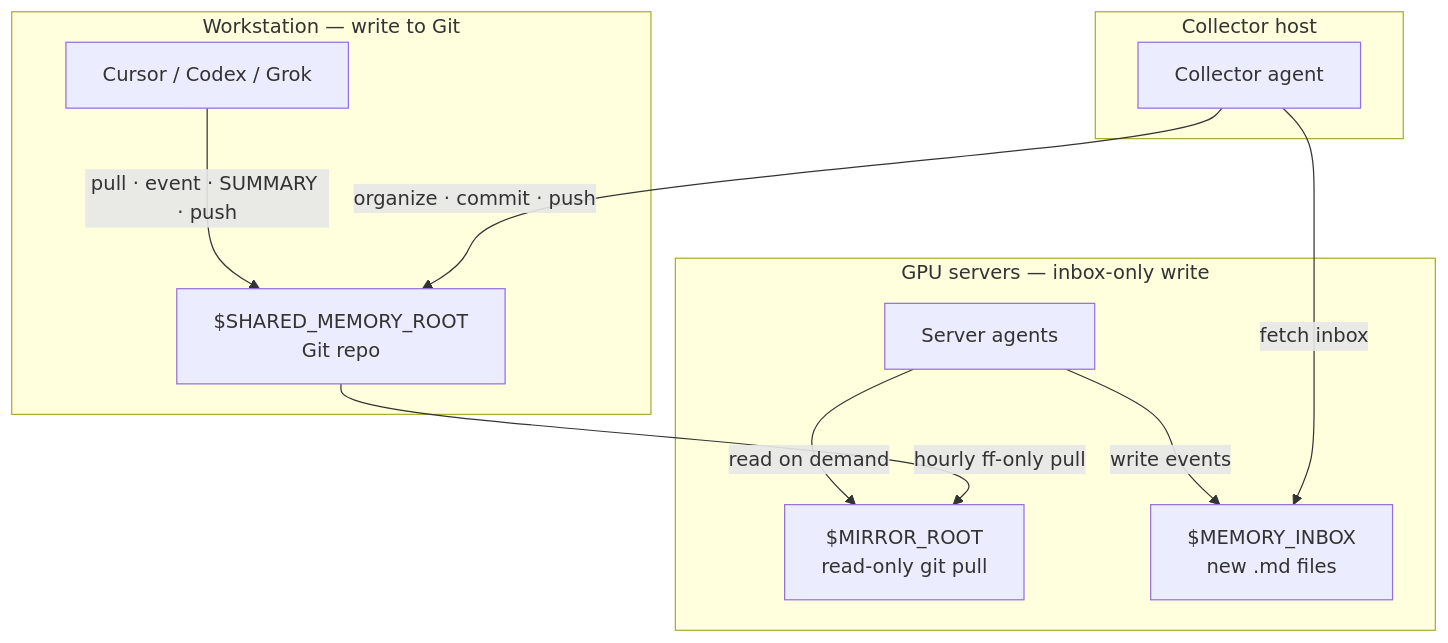
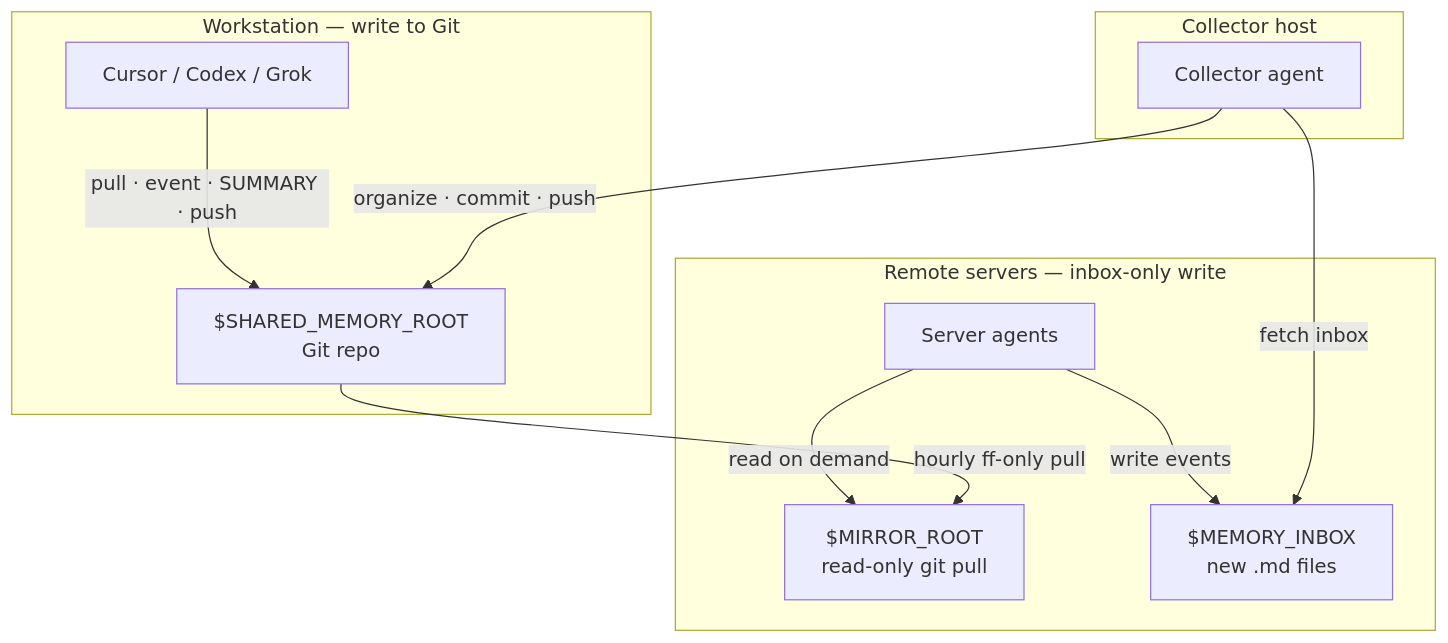
One commit to dreaming-huang/agent-shared-memory changed the diagram in README.md. Above: the diagram before and after it, drawn with Mermaid. The commit also changed other lines of this file and 13 other files, not shown here.

````diff
--- a/README.md
+++ b/README.md
@@ -25,23 +39,23 @@
 ```mermaid
 flowchart TB
   subgraph WS["Workstation — write to Git"]
     A1[Cursor / Codex / Grok]
     R["$SHARED_MEMORY_ROOT<br/>Git repo"]
     A1 -->|pull · event · SUMMARY · push| R
   end
 
-  subgraph SRV["GPU servers — inbox-only write"]
+  subgraph SRV["Remote servers — inbox-only write"]
     A2[Server agents]
     M["$MIRROR_ROOT<br/>read-only git pull"]
     I["$MEMORY_INBOX<br/>new .md files"]
     A2 -->|read on demand| M
     A2 -->|write events| I
   end
 
   subgraph COL["Collector host"]
     C[Collector agent]
     C -->|fetch inbox| I
     C -->|organize · commit · push| R
     R -->|hourly ff-only pull| M
   end
 ```
````
